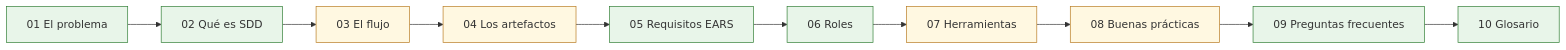
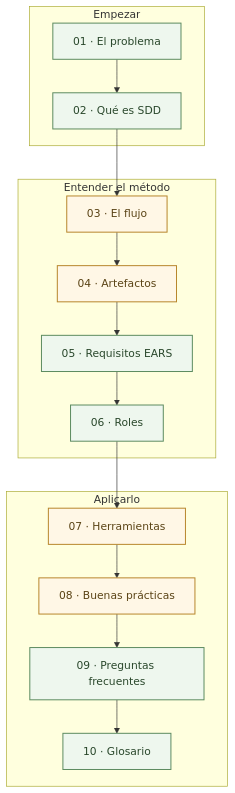
One commit to antroc/charla-sdd changed the diagram in docs/README.md. Above: the diagram before and after it, drawn with Mermaid. The commit also changed 3 other files, not shown here.

Commit message:
Unificar los diagramas de entrada y herramientas

````diff
--- a/docs/README.md
+++ b/docs/README.md
@@ -37,16 +37,26 @@
 ```mermaid
-flowchart LR
-  d01["01 El problema"] --> d02["02 Qué es SDD"]
-  d02 --> d03["03 El flujo"]
-  d03 --> d04["04 Los artefactos"]
-  d04 --> d05["05 Requisitos EARS"]
-  d05 --> d06["06 Roles"]
-  d06 --> d07["07 Herramientas"]
-  d07 --> d08["08 Buenas prácticas"]
-  d08 --> d09["09 Preguntas frecuentes"]
-  d09 --> d10["10 Glosario"]
-  classDef basico fill:#E8F5E9,stroke:#2E7D32;
-  classDef intermedio fill:#FFF8E1,stroke:#B7791F;
-  class d01,d02,d05,d06,d09,d10 basico;
-  class d03,d04,d07,d08 intermedio;
+flowchart TB
+  subgraph inicio["Empezar"]
+    d01["01 · El problema"] --> d02["02 · Qué es SDD"]
+  end
+
+  subgraph nucleo["Entender el método"]
+    d03["03 · El flujo"] --> d04["04 · Artefactos"]
+    d04 --> d05["05 · Requisitos EARS"]
+    d05 --> d06["06 · Roles"]
+  end
+
+  subgraph practica["Aplicarlo"]
+    d07["07 · Herramientas"] --> d08["08 · Buenas prácticas"]
+    d08 --> d09["09 · Preguntas frecuentes"]
+    d09 --> d10["10 · Glosario"]
+  end
+
+  d02 --> d03
+  d06 --> d07
+
+  classDef basic fill:#EEF7EE,stroke:#5E8C61,stroke-width:1.5px,color:#29472B;
+  classDef mid fill:#FFF7E6,stroke:#B8872D,stroke-width:1.5px,color:#5A4315;
+  class d01,d02,d05,d06,d09,d10 basic;
+  class d03,d04,d07,d08 mid;
 ```
````
